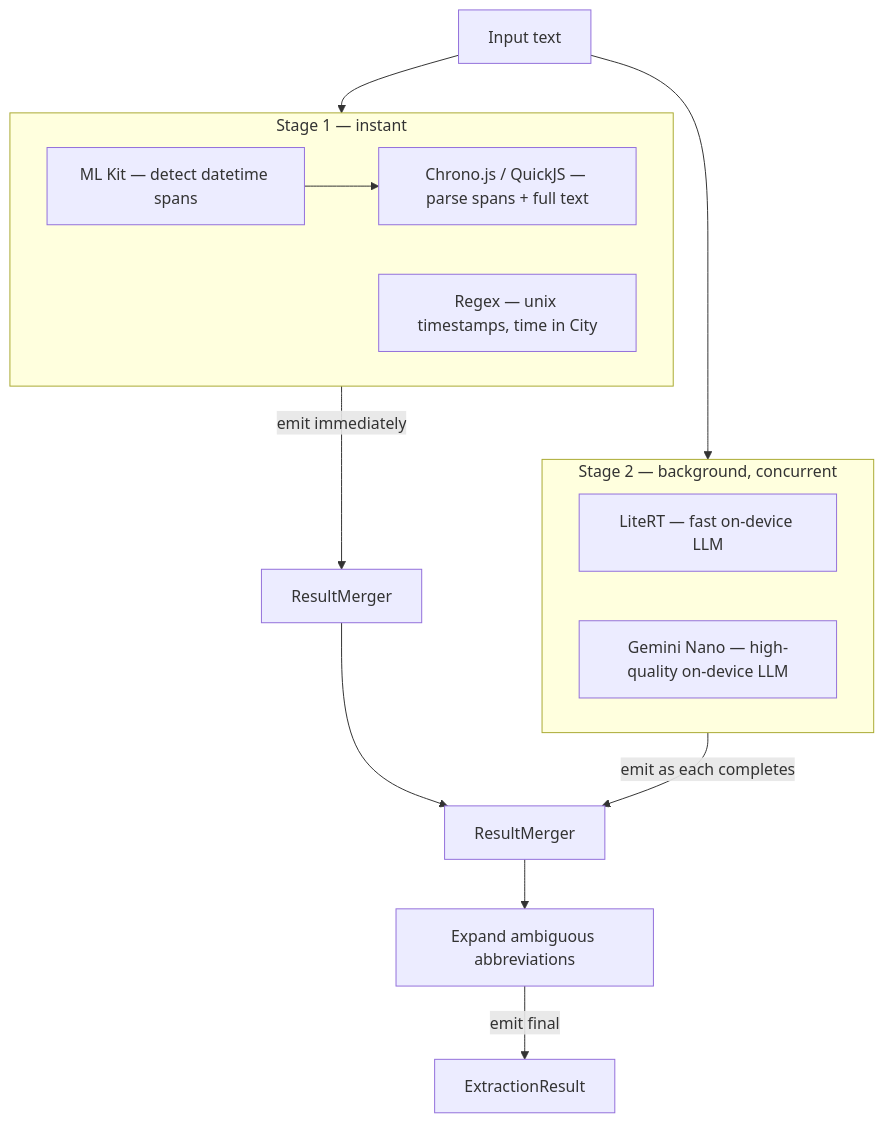
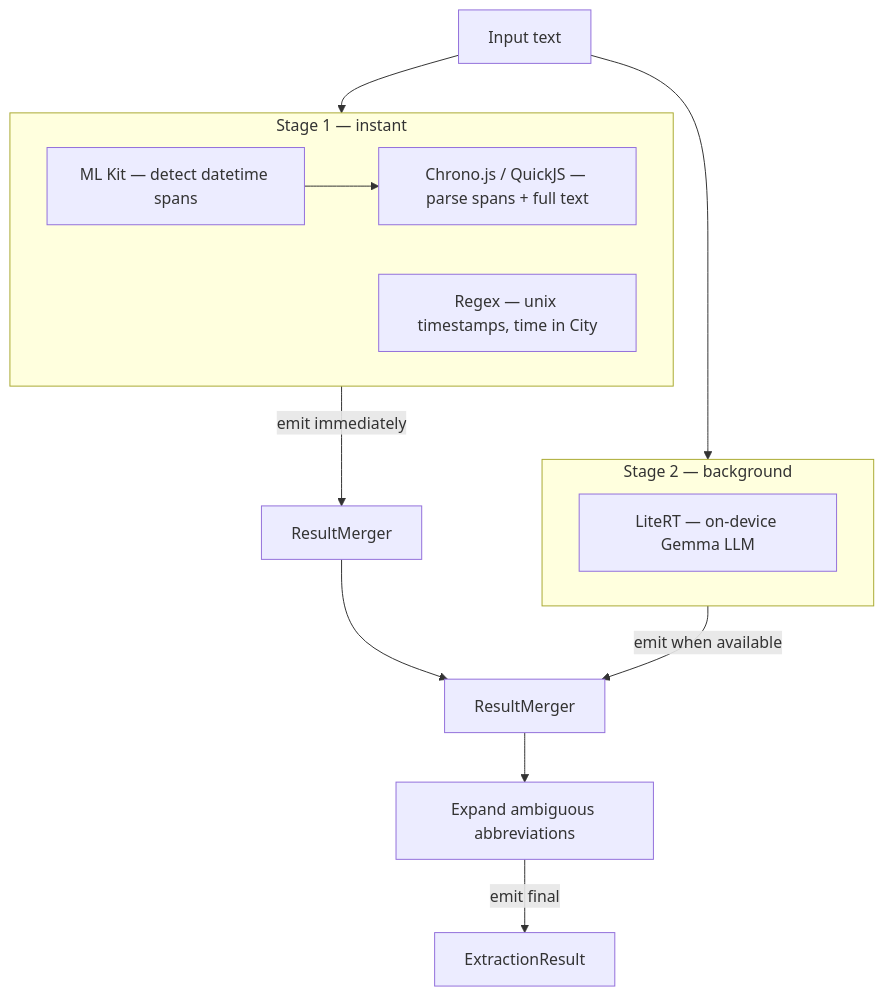
The first of 2 diagrams in docs/architecture/nlp-pipeline.md (Tien-Lam/ChronoShift), drawn with Mermaid before and after one commit. The commit also changed other lines of this file and 27 other files, not shown here.

````diff
--- a/docs/architecture/nlp-pipeline.md
+++ b/docs/architecture/nlp-pipeline.md
@@ -7,26 +7,25 @@
 ```mermaid
 flowchart TD
     input[Input text]
 
     subgraph stage1[Stage 1 — instant]
         mlkit[ML Kit — detect datetime spans]
         chrono[Chrono.js / QuickJS — parse spans + full text]
         regex[Regex — unix timestamps, time in City]
         mlkit --> chrono
     end
 
-    subgraph stage2[Stage 2 — background, concurrent]
-        litert[LiteRT — fast on-device LLM]
-        gemini[Gemini Nano — high-quality on-device LLM]
+    subgraph stage2[Stage 2 — background]
+        litert[LiteRT — on-device Gemma LLM]
     end
 
     expand[Expand ambiguous abbreviations]
 
     input --> stage1
     input --> stage2
     stage1 -- emit immediately --> merge1[ResultMerger]
-    stage2 -- emit as each completes --> merge2[ResultMerger]
+    stage2 -- emit when available --> merge2[ResultMerger]
     merge1 --> merge2
     merge2 --> expand
     expand -- emit final --> results[ExtractionResult]
 ```
````
